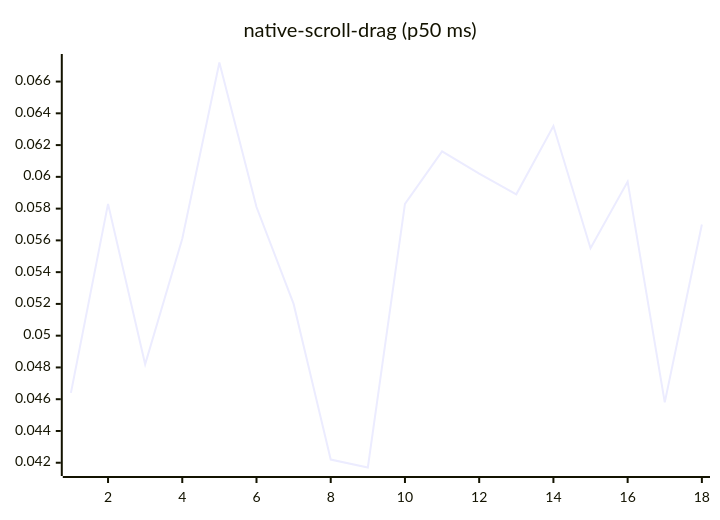
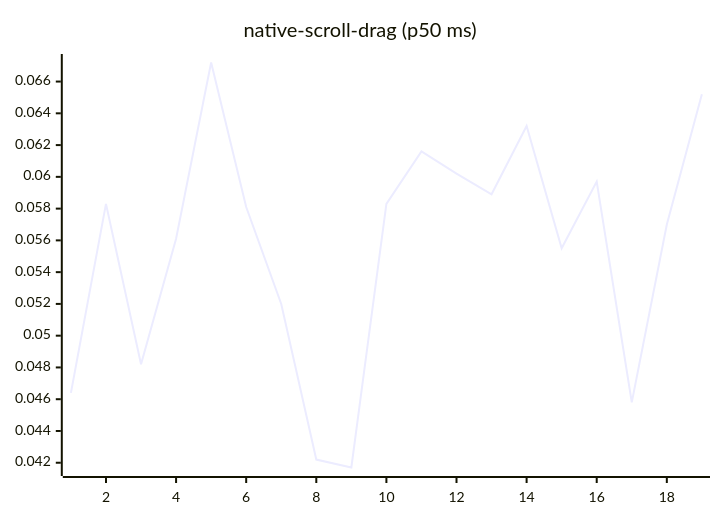
Diagram 14 of 27 in README.md (josha/Facet), drawn with Mermaid before and after one commit. The commit also changed other lines of this file and 2 other files, not shown here.

````diff
--- a/README.md
+++ b/README.md
@@ -154,6 +154,6 @@
 ```mermaid
 xychart-beta
     title "native-scroll-drag (p50 ms)"
-    x-axis 1 --> 18
-    line [0.0464, 0.0583, 0.0482, 0.0561, 0.0672, 0.0581, 0.0520, 0.0422, 0.0417, 0.0583, 0.0616, 0.0602, 0.0589, 0.0632, 0.0555, 0.0597, 0.0458, 0.0570]
+    x-axis 1 --> 19
+    line [0.0464, 0.0583, 0.0482, 0.0561, 0.0672, 0.0581, 0.0520, 0.0422, 0.0417, 0.0583, 0.0616, 0.0602, 0.0589, 0.0632, 0.0555, 0.0597, 0.0458, 0.0570, 0.0652]
 ```
````
